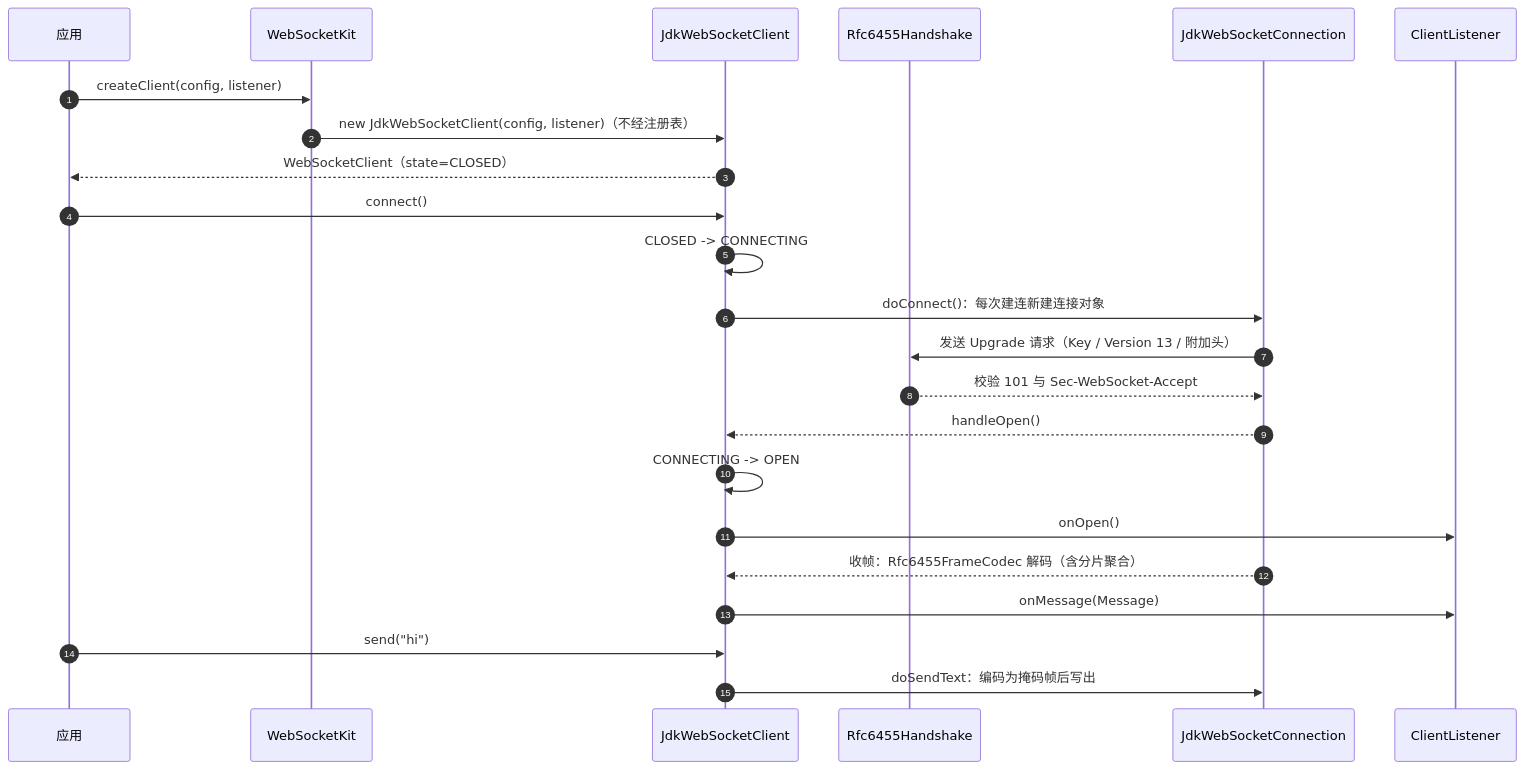
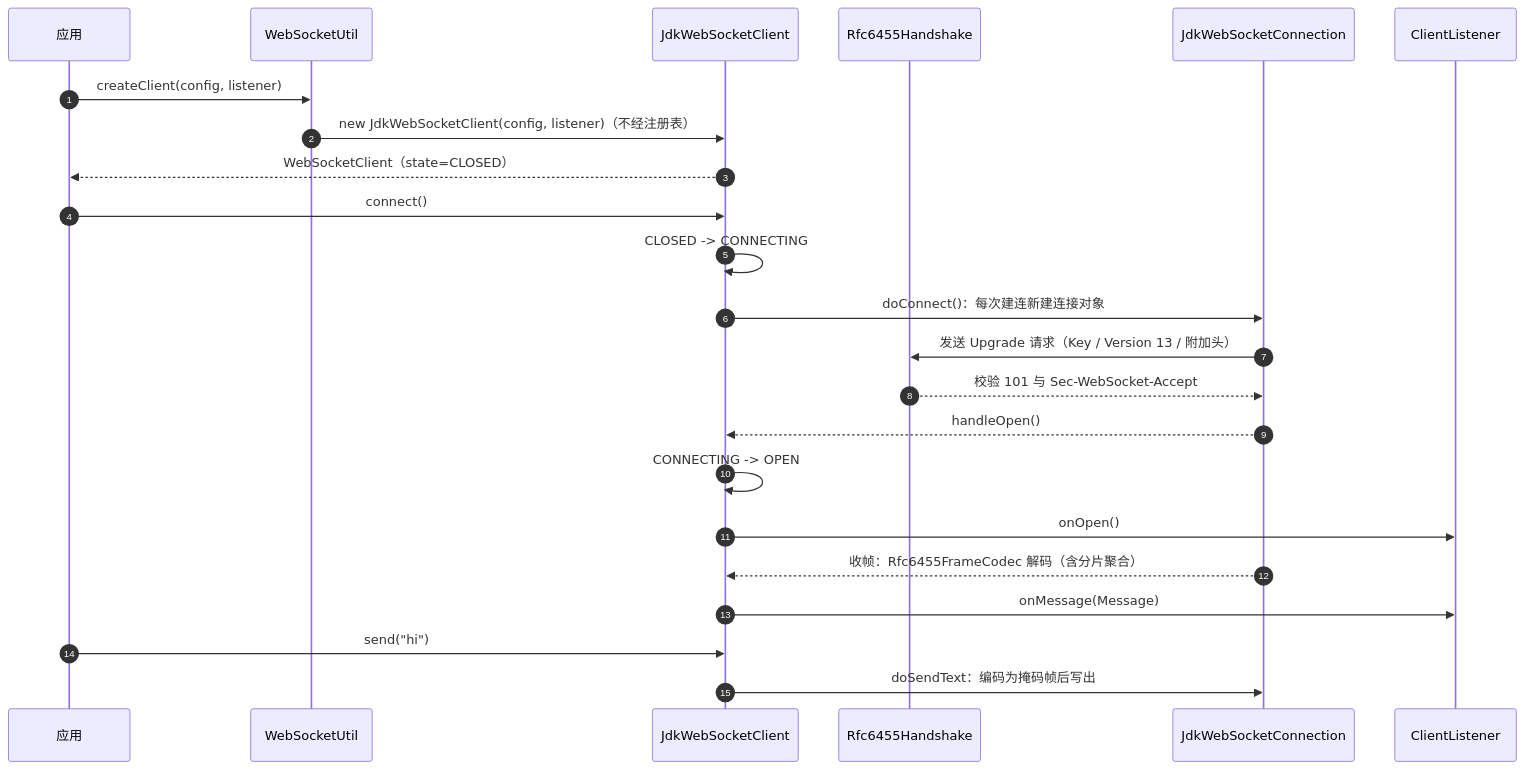
One commit to gollyhu/aifei-eco-modules changed the second of 5 diagrams in aifei-websocket/docs/design.md. Above: the diagram before and after it, drawn with Mermaid. The commit also changed other lines of this file and 87 other files, not shown here.

Commit message:
aifei-cache 将 CacheUtil/CounterUtil 门面更名为 CacheKit/CounterKit，同步设计文档与相关注释

````diff
--- a/aifei-websocket/docs/design.md
+++ b/aifei-websocket/docs/design.md
@@ -1048,26 +1048,26 @@
 ```mermaid
 sequenceDiagram
     autonumber
     participant App as 应用
-    participant Kit as WebSocketKit
+    participant Kit as WebSocketUtil
     participant C as JdkWebSocketClient
     participant H as Rfc6455Handshake
     participant T as JdkWebSocketConnection
     participant L as ClientListener
 
     App->>Kit: createClient(config, listener)
     Kit->>C: new JdkWebSocketClient(config, listener)（不经注册表）
     C-->>App: WebSocketClient（state=CLOSED）
     App->>C: connect()
     C->>C: CLOSED -> CONNECTING
     C->>T: doConnect()：每次建连新建连接对象
     T->>H: 发送 Upgrade 请求（Key / Version 13 / 附加头）
     H-->>T: 校验 101 与 Sec-WebSocket-Accept
     T-->>C: handleOpen()
     C->>C: CONNECTING -> OPEN
     C->>L: onOpen()
     T-->>C: 收帧：Rfc6455FrameCodec 解码（含分片聚合）
     C->>L: onMessage(Message)
     App->>C: send("hi")
     C->>T: doSendText：编码为掩码帧后写出
 ```
````
